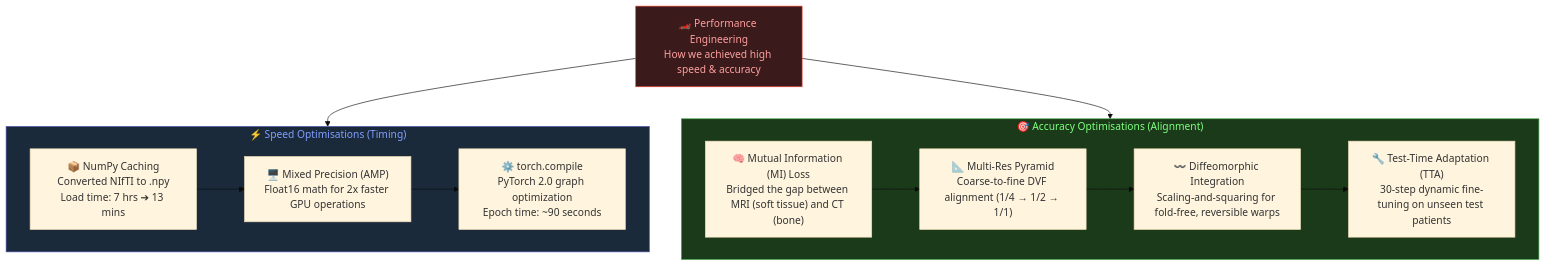
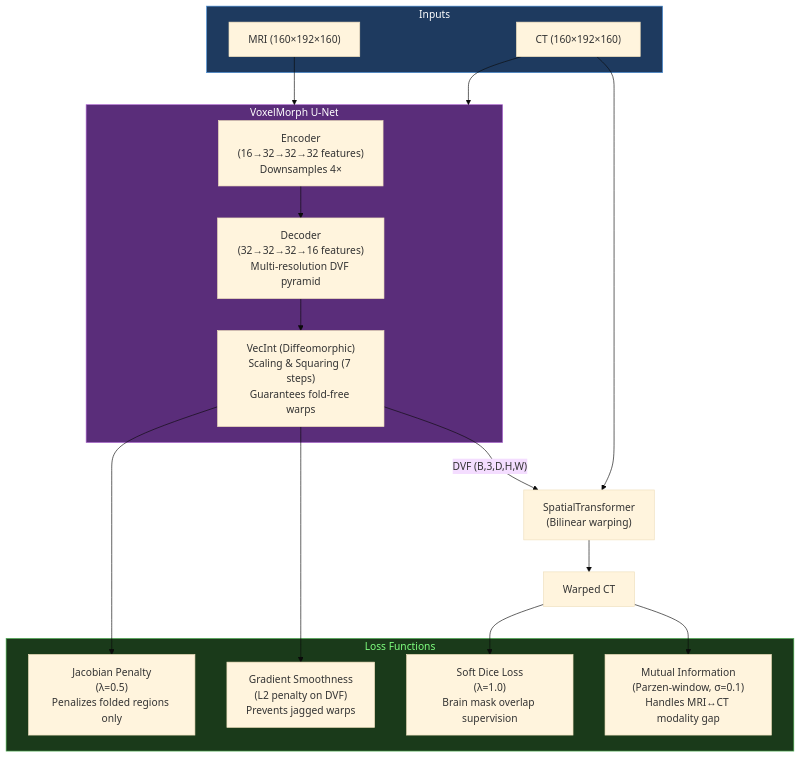
The third of 3 diagrams in README.md (SHREESHANTH99/DeepMedAlign), drawn with Mermaid (base theme) before and after one commit. The commit also changed other lines of this file, not shown here.

Commit message:
docs: rewrite README with v2 architecture, Kaggle guide, loss table, and current results

````diff
--- a/README.md
+++ b/README.md
@@ -250,27 +207,34 @@
 ```mermaid
 flowchart TD
-    START["🏎️ Performance Engineering\nHow we achieved high speed & accuracy"]
-    
-    subgraph Speed["⚡ Speed Optimisations (Timing)"]
-        S1["📦 NumPy Caching\nConverted NIfTI to .npy\nLoad time: 7 hrs ➔ 13 mins"]
-        S2["🖥️ Mixed Precision (AMP)\nFloat16 math for 2x faster GPU operations"]
-        S3["⚙️ torch.compile\nPyTorch 2.0 graph optimization\nEpoch time: ~90 seconds"]
-    end
-    
-    subgraph Acc["🎯 Accuracy Optimisations (Alignment)"]
-        A1["🧠 Mutual Information (MI) Loss\nBridged the gap between MRI (soft tissue) and CT (bone)"]
-        A2["📐 Multi-Res Pyramid\nCoarse-to-fine DVF alignment (1/4 → 1/2 → 1/1)"]
-        A3["〰️ Diffeomorphic Integration\nScaling-and-squaring for fold-free, reversible warps"]
-        A4["🔧 Test-Time Adaptation (TTA)\n30-step dynamic fine-tuning on unseen test patients"]
+    subgraph Input["Inputs"]
+        MR["MRI (160×192×160)"]
+        CT["CT (160×192×160)"]
     end
 
-    START --> Speed
-    START --> Acc
-    
-    S1 --> S2 --> S3
-    A1 --> A2 --> A3 --> A4
-    
-    style START fill:#3a1a1a,color:#ff9f9f,stroke:#f44336
-    style Speed fill:#1a2a3a,color:#7f9fff,stroke:#4c50af
-    style Acc fill:#1a3a1a,color:#7fff7f,stroke:#4caf50
+    subgraph Model["VoxelMorph U-Net"]
+        ENC["Encoder\n(16→32→32→32 features)\nDownsamples 4×"]
+        DEC["Decoder\n(32→32→32→16 features)\nMulti-resolution DVF pyramid"]
+        VECINT["VecInt (Diffeomorphic)\nScaling & Squaring (7 steps)\nGuarantees fold-free warps"]
+    end
+
+    subgraph Loss["Loss Functions"]
+        MI["Mutual Information\n(Parzen-window, σ=0.1)\nHandles MRI↔CT modality gap"]
+        GRAD["Gradient Smoothness\n(L2 penalty on DVF)\nPrevents jagged warps"]
+        DICE["Soft Dice Loss\n(λ=1.0)\nBrain mask overlap supervision"]
+        JAC["Jacobian Penalty\n(λ=0.5)\nPenalizes folded regions only"]
+    end
+
+    MR --> Model
+    CT --> Model
+    ENC --> DEC --> VECINT
+    VECINT --> |"DVF (B,3,D,H,W)"| ST["SpatialTransformer\n(Bilinear warping)"]
+    CT --> ST --> WarpedCT["Warped CT"]
+    WarpedCT --> MI
+    VECINT --> GRAD
+    VECINT --> JAC
+    WarpedCT --> DICE
+
+    style Input fill:#1e3a5f,color:#fff,stroke:#4a90d9
+    style Model fill:#5a2d7a,color:#fff,stroke:#b06ad4
+    style Loss fill:#1a3a1a,color:#7fff7f,stroke:#4caf50
 ```
````
